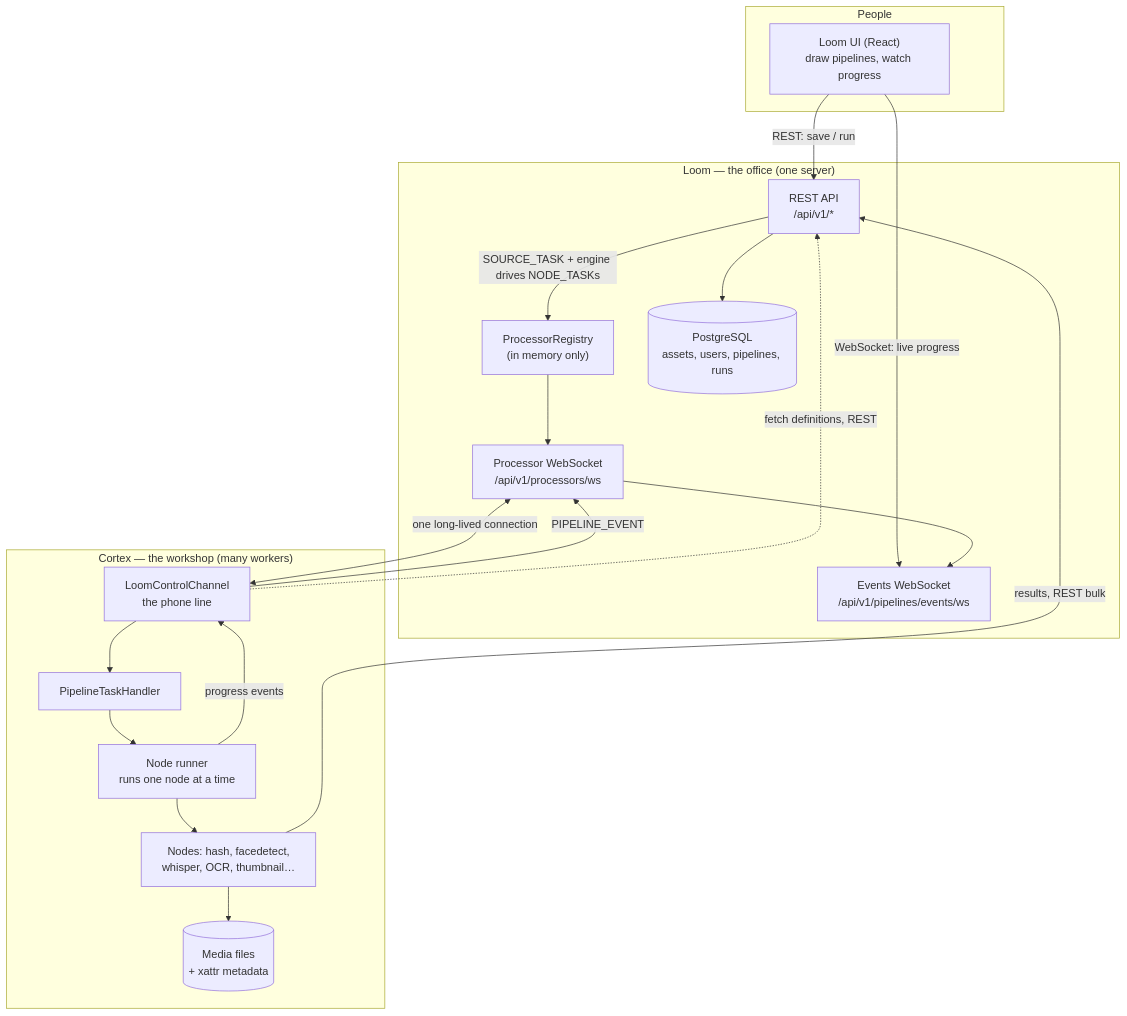
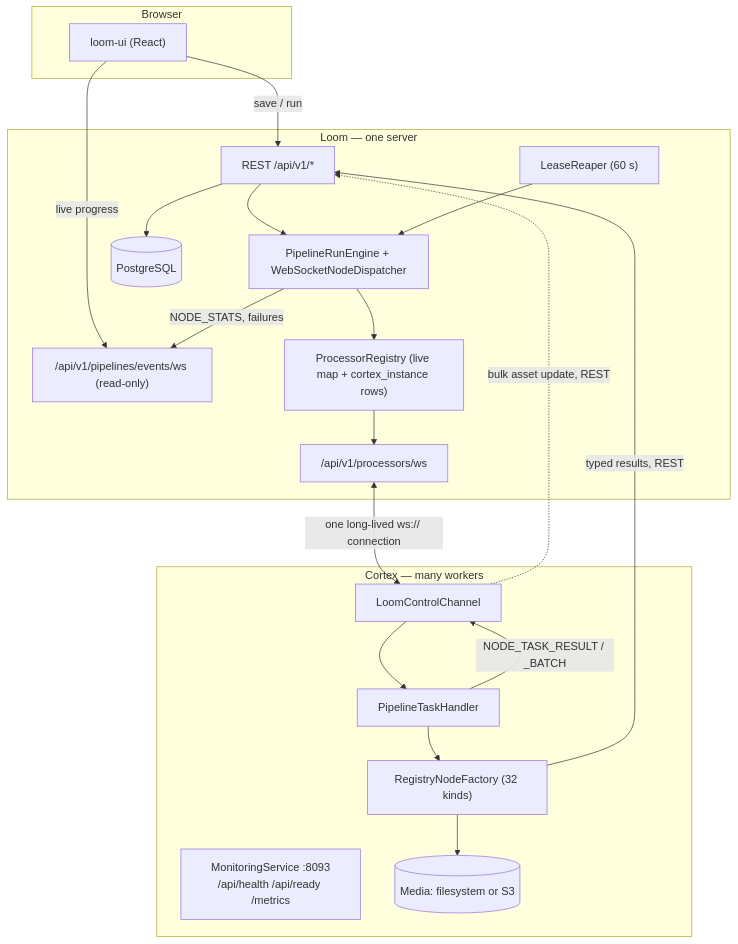
Before and after one commit to metaloom/metaloom: the diagram in spec/cortex/METALOOM_ARCHITECTURE.md, drawn with Mermaid. The commit also changed other lines of this file and 45 other files, not shown here.

````diff
--- a/spec/cortex/METALOOM_ARCHITECTURE.md
+++ b/spec/cortex/METALOOM_ARCHITECTURE.md
@@ -86,34 +43,34 @@
 ```mermaid
 graph TB
-    subgraph USER["People"]
-        UI["Loom UI (React)<br/>draw pipelines, watch progress"]
+    subgraph USER["Browser"]
+        UI["loom-ui (React)"]
+    end
+    subgraph LOOM["Loom — one server"]
+        REST["REST /api/v1/*"]
+        WS["/api/v1/processors/ws"]
+        EVWS["/api/v1/pipelines/events/ws (read-only)"]
+        ENG["PipelineRunEngine + WebSocketNodeDispatcher"]
+        REG["ProcessorRegistry (live map + cortex_instance rows)"]
+        REAP["LeaseReaper (60 s)"]
+        DB[("PostgreSQL")]
+    end
+    subgraph CORTEX["Cortex — many workers"]
+        LCC["LoomControlChannel"]
+        PTH["PipelineTaskHandler"]
+        NF["RegistryNodeFactory (32 kinds)"]
+        MON["MonitoringService :8093<br/>/api/health /api/ready /metrics"]
+        FILES[("Media: filesystem or S3")]
     end
 
-    subgraph LOOM["Loom — the office (one server)"]
-        REST["REST API<br/>/api/v1/*"]
-        WS["Processor WebSocket<br/>/api/v1/processors/ws"]
-        EVWS["Events WebSocket<br/>/api/v1/pipelines/events/ws"]
-        REG["ProcessorRegistry<br/>(in memory only)"]
-        DB[("PostgreSQL<br/>assets, users, pipelines, runs")]
-    end
-
-    subgraph CORTEX["Cortex — the workshop (many workers)"]
-        LCC["LoomControlChannel<br/>the phone line"]
-        PTH["PipelineTaskHandler"]
-        EXEC["Node runner<br/>runs one node at a time"]
-        NODES["Nodes: hash, facedetect,<br/>whisper, OCR, thumbnail…"]
-        FILES[("Media files<br/>+ xattr metadata")]
-    end
-
-    UI -->|"REST: save / run"| REST
-    UI -->|"WebSocket: live progress"| EVWS
+    UI -->|save / run| REST
+    UI -->|live progress| EVWS
     REST --> DB
-    REST -->|"SOURCE_TASK + engine drives NODE_TASKs"| REG
-    REG --> WS
-    WS <-->|"one long-lived connection"| LCC
-    LCC --> PTH --> EXEC --> NODES --> FILES
-    EXEC -->|"progress events"| LCC
-    LCC -->|"PIPELINE_EVENT"| WS --> EVWS
-    NODES -->|"results, REST bulk"| REST
-    LCC -.->|"fetch definitions, REST"| REST
+    REST --> ENG --> REG --> WS
+    REAP --> ENG
+    WS <-->|one long-lived ws:// connection| LCC
+    LCC --> PTH --> NF --> FILES
+    PTH -->|NODE_TASK_RESULT / _BATCH| LCC
+    ENG -->|NODE_STATS, failures| EVWS
+    NF -->|typed results, REST| REST
+    LCC -.->|bulk asset update, REST| REST
 ```
````
